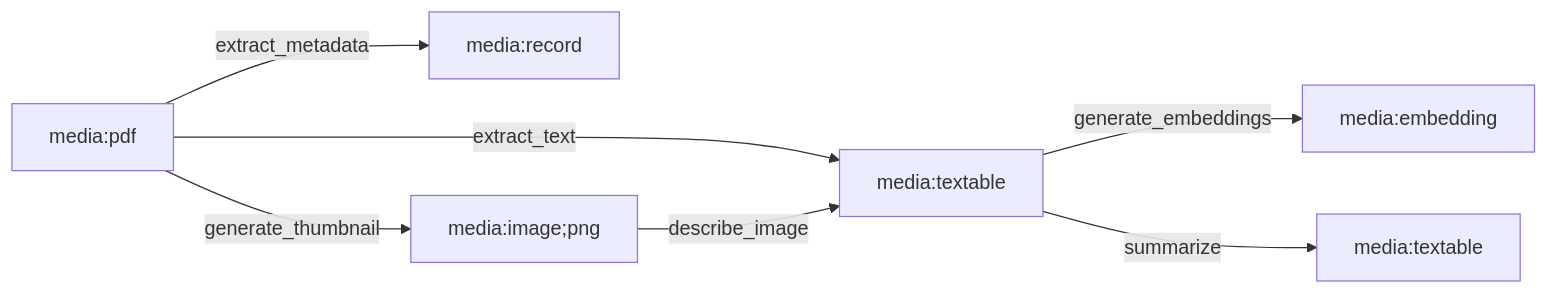
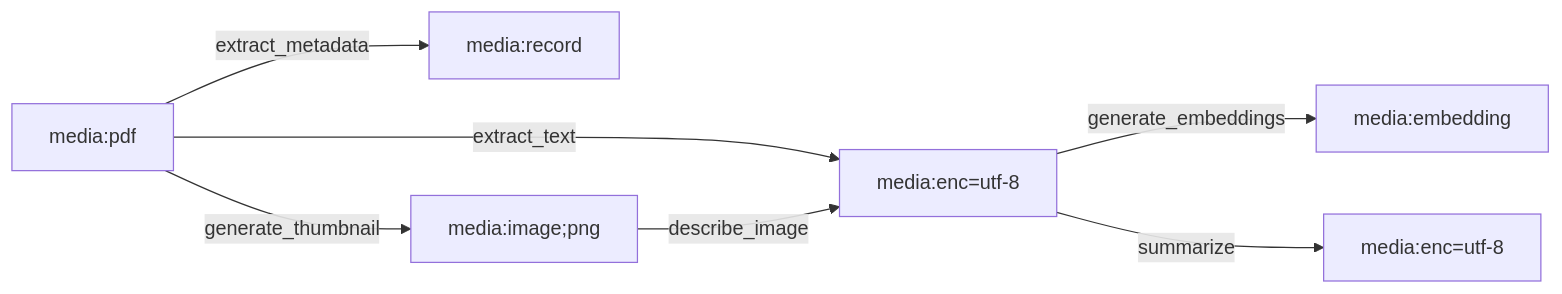
The first of 3 diagrams in docs/15.4-planner.md (machinefabric/capdag), drawn with Mermaid before and after one commit. The commit also changed 24 other files, not shown here.

````diff
--- a/docs/15.4-planner.md
+++ b/docs/15.4-planner.md
@@ -20,9 +20,9 @@
 ```mermaid
 graph LR
     PDF["media:pdf"] -->|extract_metadata| REC["media:record"]
     PDF -->|generate_thumbnail| IMG["media:image;png"]
-    PDF -->|extract_text| TXT["media:textable"]
+    PDF -->|extract_text| TXT["media:enc=utf-8"]
     TXT -->|generate_embeddings| EMB["media:embedding"]
-    TXT -->|summarize| TXT2["media:textable"]
+    TXT -->|summarize| TXT2["media:enc=utf-8"]
     IMG -->|describe_image| TXT
 ```
````
